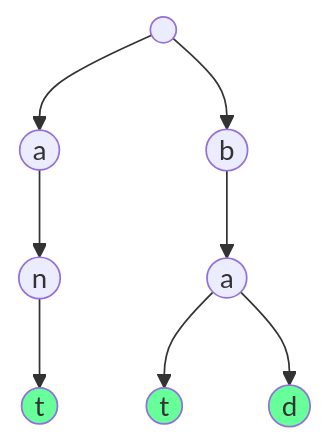
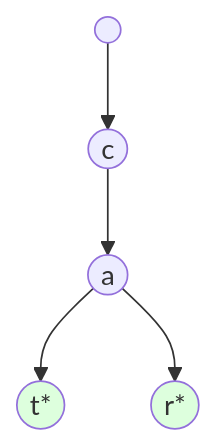
The third of 3 diagrams in concepts/data_structures/trees_and_tries.md (ajay99511/DSA_Pattern_Recognition), drawn with Mermaid before and after one commit. The commit also changed other lines of this file and 12 other files, not shown here.

````diff
--- a/concepts/data_structures/trees_and_tries.md
+++ b/concepts/data_structures/trees_and_tries.md
@@ -54,14 +65,10 @@
 ```mermaid
 graph TD
-    Root(( )) --> A((a))
-    Root --> B((b))
-    A --> AN((n))
-    AN --> ANT((t))
-    B --> BA((a))
-    BA --> BAT((t))
-    BA --> BAD((d))
+    Root(( )) --> C((c))
+    C --> A((a))
+    A --> T((t*))
+    A --> R((r*))
     
-    style ANT fill:#6f9
-    style BAT fill:#6f9
-    style BAD fill:#6f9
+    style T fill:#dfd
+    style R fill:#dfd
 ```
````
